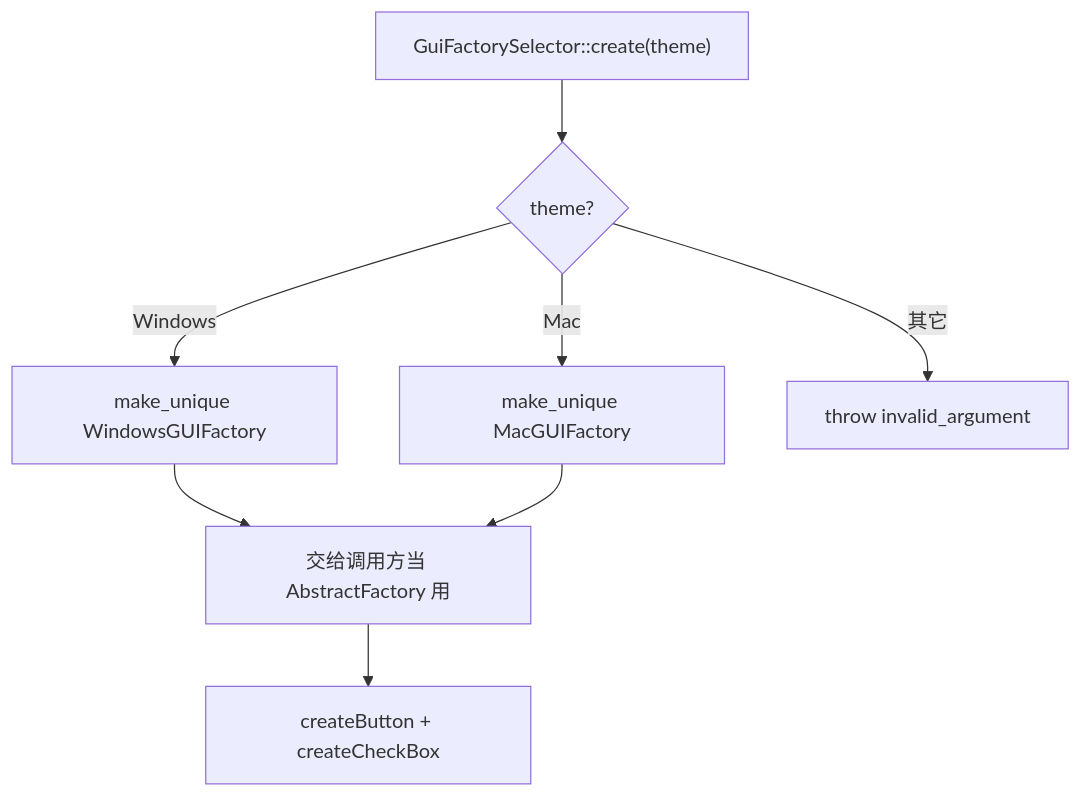
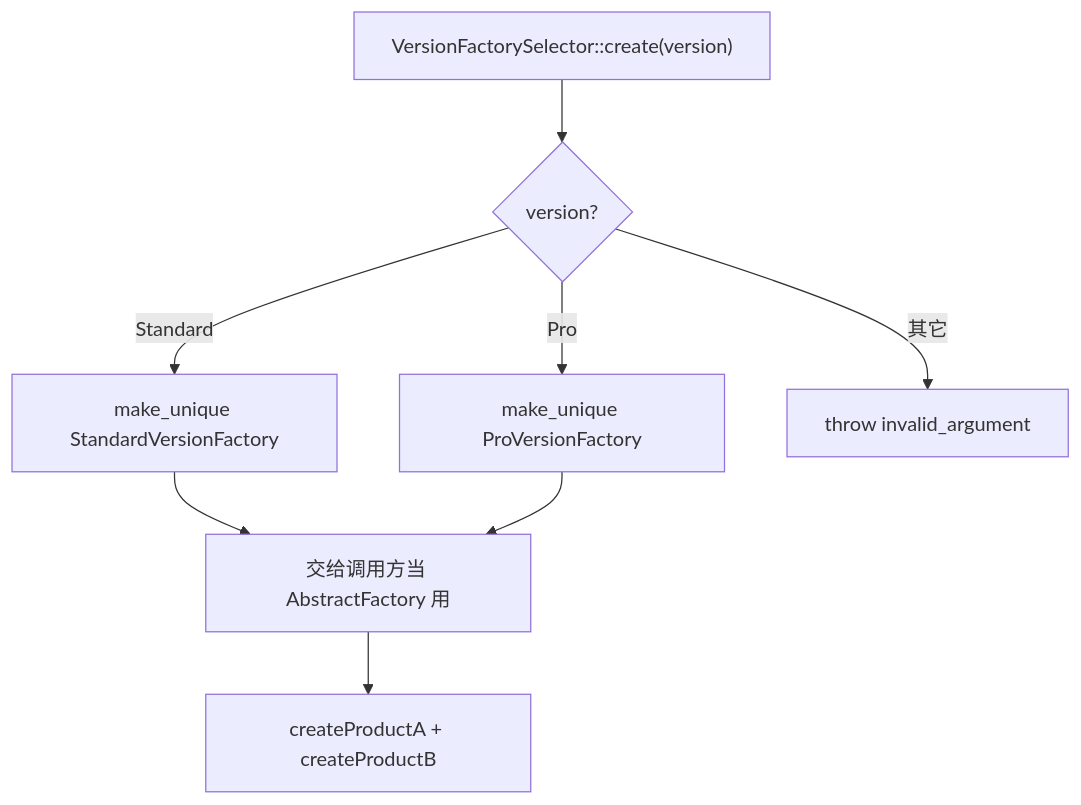
Before and after one commit to zackdlut/design_pattern: the seventh of 9 diagrams in docs/creational/abstract_factory.md, drawn with Mermaid. The commit also changed other lines of this file and 12 other files, not shown here.

````diff
--- a/docs/creational/abstract_factory.md
+++ b/docs/creational/abstract_factory.md
@@ -295,10 +295,10 @@
 ```mermaid
 flowchart TD
-  A["GuiFactorySelector::create(theme)"] --> B{theme?}
-  B -->|Windows| FW[make_unique WindowsGUIFactory]
-  B -->|Mac| FM[make_unique MacGUIFactory]
+  A["VersionFactorySelector::create(version)"] --> B{version?}
+  B -->|Standard| FW[make_unique StandardVersionFactory]
+  B -->|Pro| FM[make_unique ProVersionFactory]
   B -->|其它| E[throw invalid_argument]
   FW --> C[交给调用方当 AbstractFactory 用]
   FM --> C
-  C --> R[createButton + createCheckBox]
+  C --> R[createProductA + createProductB]
 ```
````
